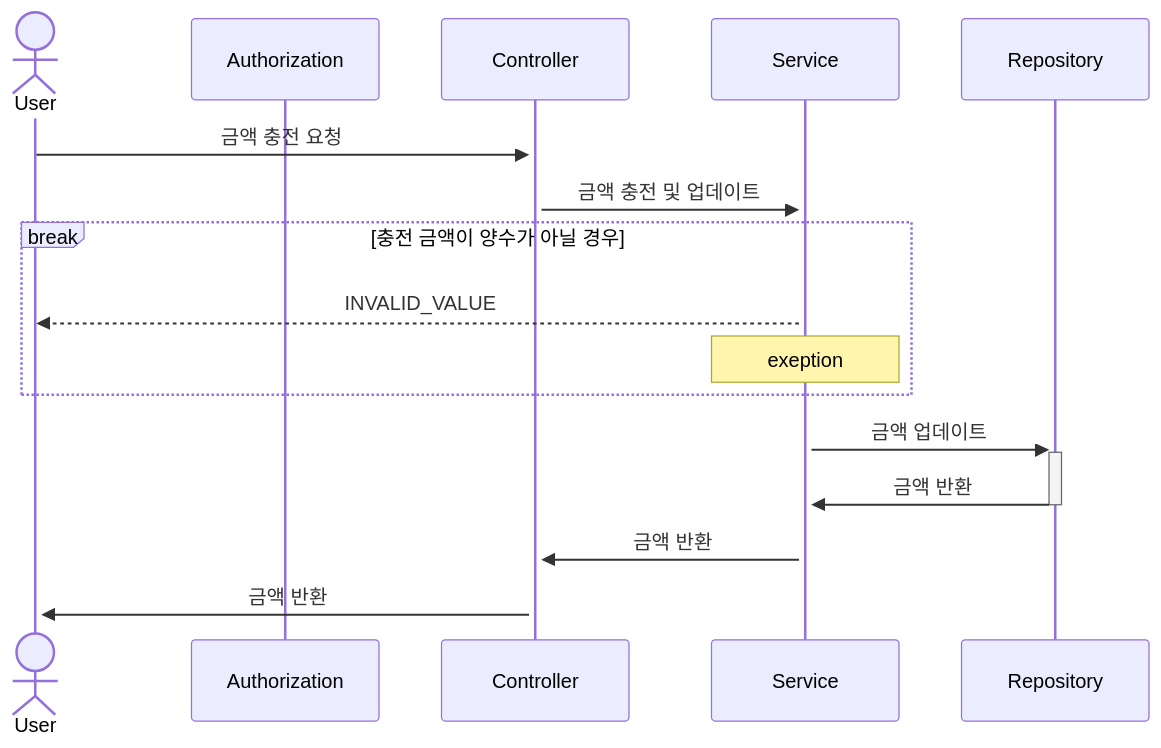
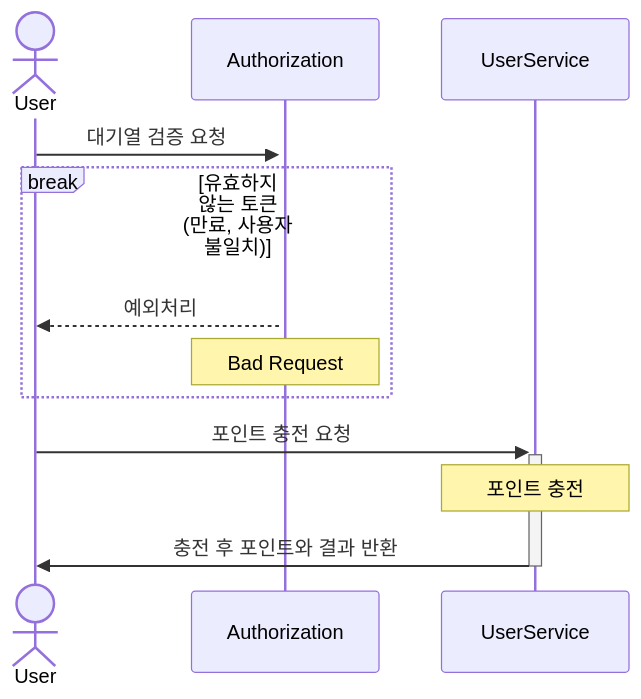
One commit to adiospain/hhplus-concert-reservation-service-java changed the sixth of 10 diagrams in README.md. Above: the diagram before and after it, drawn with Mermaid. The commit also changed other lines of this file and 1 other file, not shown here.

Commit message:
DOCS : README.md 파일 시퀀스다이어그램 수정

````diff
--- a/README.md
+++ b/README.md
@@ -184,19 +151,14 @@
 ```mermaid
 sequenceDiagram
     actor User
     participant Authorization
-    participant Controller
-    participant Service
-    participant Repository
-    User ->>+ Controller: 금액 충전 요청
-    Controller ->>+ Service: 금액 충전 및 업데이트
-    break 충전 금액이 양수가 아닐 경우
-        Service -->> User: INVALID_VALUE
-        note over Service: exeption
-    end
-    Service ->>+ Repository: 금액 업데이트
-    Repository ->>- Service: 금액 반환
-	Service ->>+ Controller: 금액 반환
-	Controller ->>+ User: 금액 반환
-
+    participant UserService
+  User ->>+ Authorization: 대기열 검증 요청
+  break 유효하지 않는 토큰 (만료, 사용자 불일치)
+    Authorization -->> User: 예외처리
+    note over Authorization: Bad Request
+  end
+    User ->>+ UserService: 포인트 충전 요청
+  note over UserService: 포인트 충전
+  UserService ->>- User: 충전 후 포인트와 결과 반환
 ```
````
